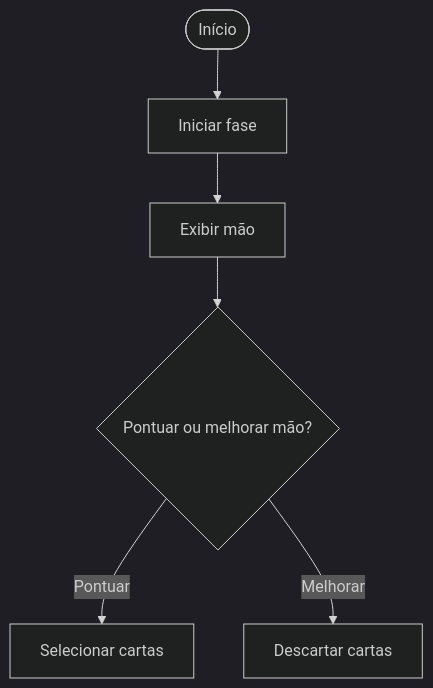
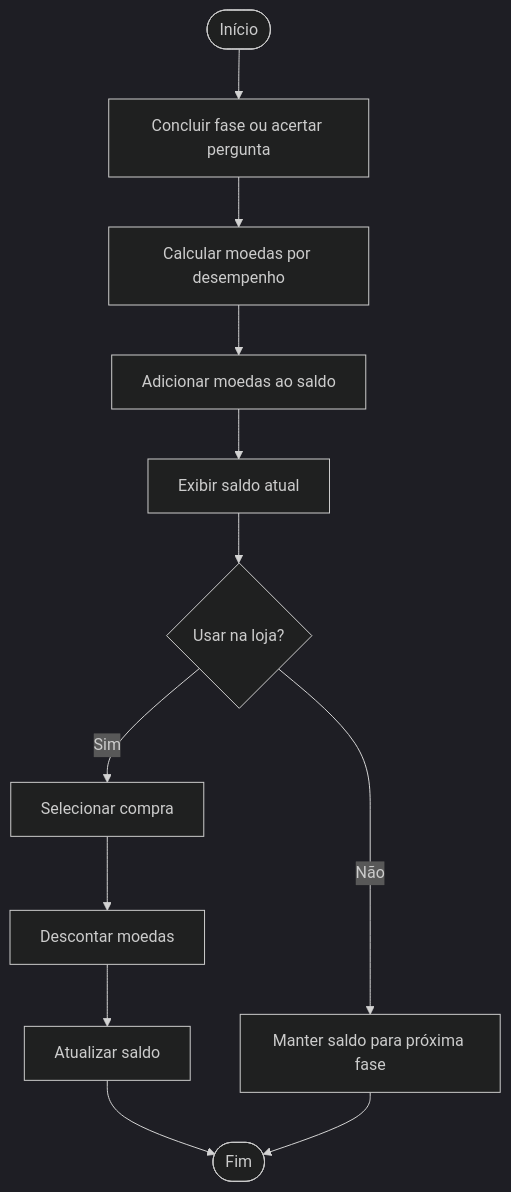
One commit to egs3-coder/Projeto-Interno changed the fifth of 14 diagrams in README.md. Above: the diagram before and after it, drawn with Mermaid (dark theme). The commit also changed other lines of this file, not shown here.

````diff
--- a/README.md
+++ b/README.md
@@ -107,8 +141,16 @@
 ```mermaid
 flowchart TD
-    A([Início]) --> B[Iniciar fase]
-    B --> C[Exibir mão]
-    C --> D{Pontuar ou melhorar mão?}
-    D -->|Pontuar| E[Selecionar cartas]
-    D -->|Melhorar| F[Descartar cartas]
+    A([Início]) --> B[Concluir fase ou acertar pergunta]
+    B --> C[Calcular moedas por desempenho]
+    C --> D[Adicionar moedas ao saldo]
+    D --> E[Exibir saldo atual]
+    E --> F{Usar na loja?}
+
+    F -->|Sim| G[Selecionar compra]
+    G --> H[Descontar moedas]
+    H --> I[Atualizar saldo]
+    I --> J([Fim])
+
+    F -->|Não| K[Manter saldo para próxima fase]
+    K --> J
 ```
````
